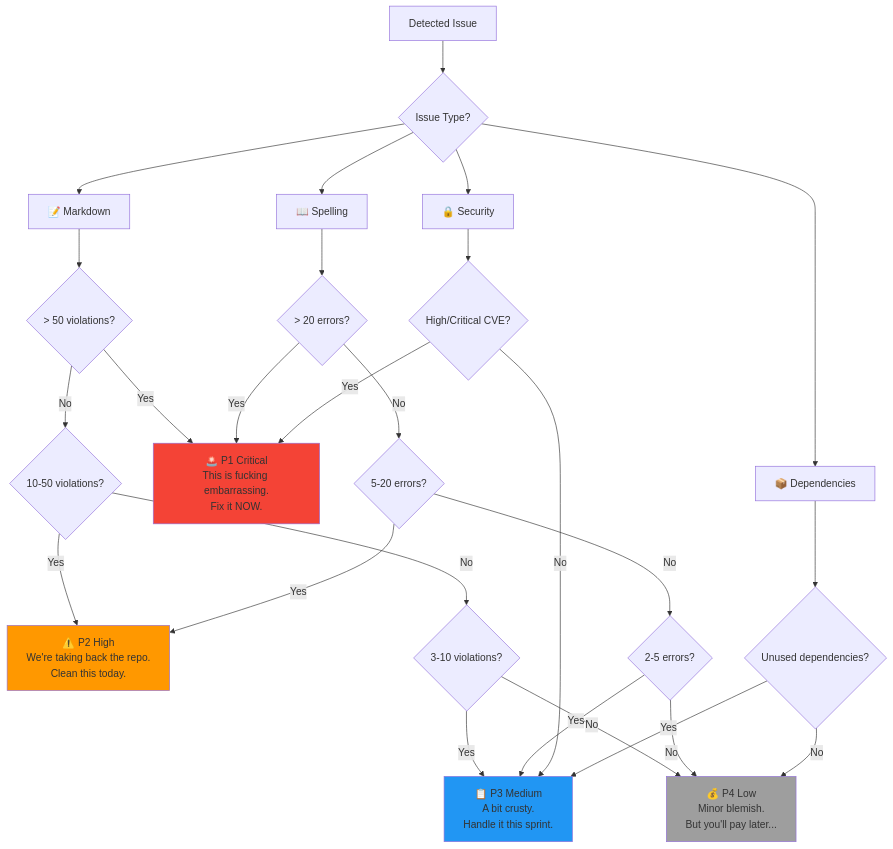
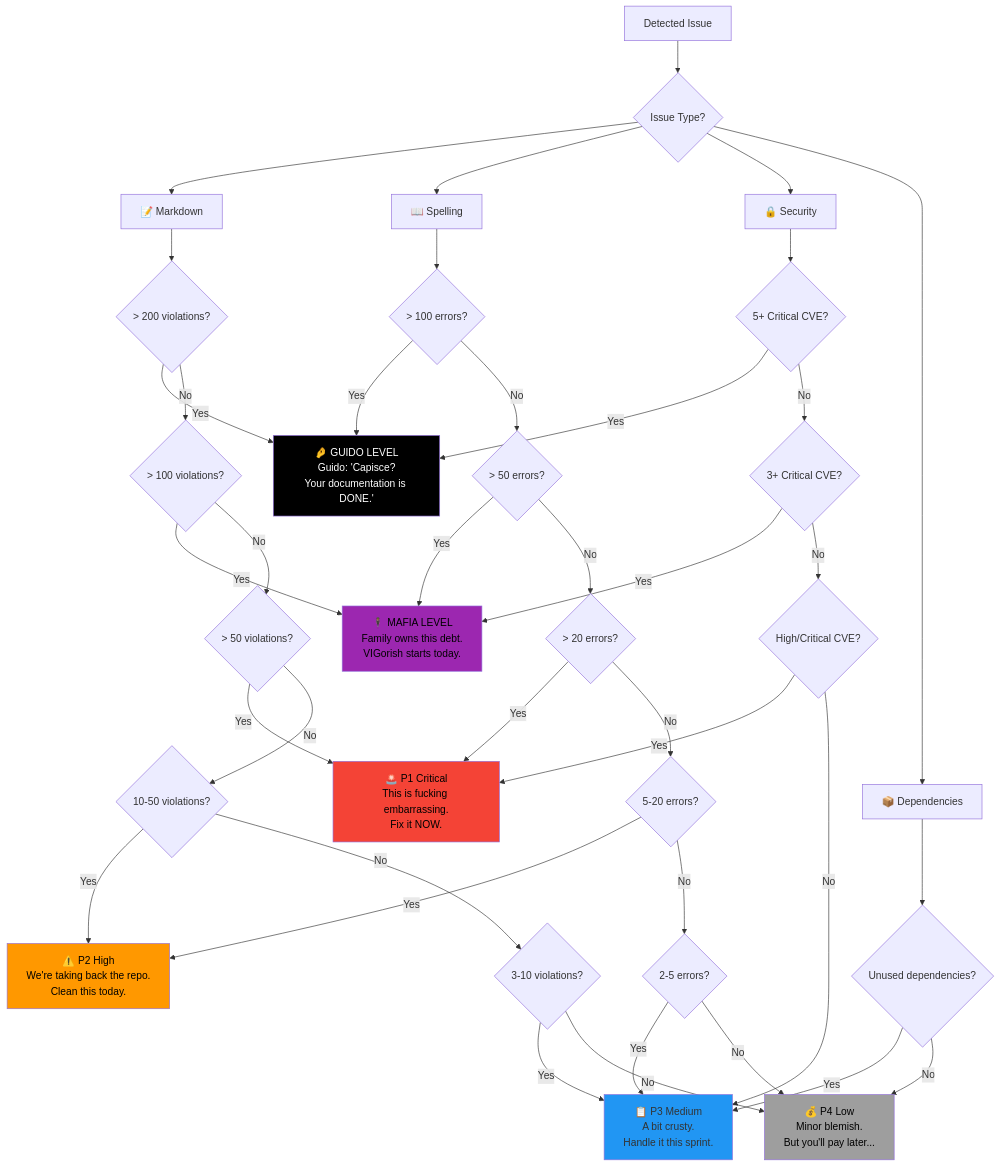
Diagram 18 of 21 in REFUCTOR_MYTHOS.md (Jason-Vaughan/refuctor), drawn with Mermaid before and after one commit. The commit also changed other lines of this file and 8 other files, not shown here.

Commit message:
feat: Complete mafia hierarchy + credit system + The Fixer role - authentic loan shark escalation with VIGorish, debt holidays, proper progression

````diff
--- a/REFUCTOR_MYTHOS.md
+++ b/REFUCTOR_MYTHOS.md
@@ -337,38 +778,52 @@
 ```mermaid
 graph TD
     A["Detected Issue"] --> B{"Issue Type?"}
     
     B --> C["📝 Markdown"]
     B --> D["📖 Spelling"]
     B --> E["🔒 Security"]
     B --> F["📦 Dependencies"]
     
-    C --> C1{"> 50 violations?"}
-    C1 -->|Yes| G["🚨 P1 Critical<br/>This is fucking embarrassing.<br/>Fix it NOW."]
-    C1 -->|No| C2{"10-50 violations?"}
-    C2 -->|Yes| H["⚠️ P2 High<br/>We're taking back the repo.<br/>Clean this today."]
-    C2 -->|No| C3{"3-10 violations?"}
-    C3 -->|Yes| I["📋 P3 Medium<br/>A bit crusty.<br/>Handle it this sprint."]
-    C3 -->|No| J["💰 P4 Low<br/>Minor blemish.<br/>But you'll pay later..."]
+    C --> C1{"> 200 violations?"}
+    C1 -->|Yes| Z["🤌 GUIDO LEVEL<br/>Guido: 'Capisce?<br/>Your documentation is DONE.'"]
+    C1 -->|No| C2{"> 100 violations?"}
+    C2 -->|Yes| Y["🕴️ MAFIA LEVEL<br/>Family owns this debt.<br/>VIGorish starts today."]
+    C2 -->|No| C3{"> 50 violations?"}
+    C3 -->|Yes| G["🚨 P1 Critical<br/>This is fucking embarrassing.<br/>Fix it NOW."]
+    C3 -->|No| C4{"10-50 violations?"}
+    C4 -->|Yes| H["⚠️ P2 High<br/>We're taking back the repo.<br/>Clean this today."]
+    C4 -->|No| C5{"3-10 violations?"}
+    C5 -->|Yes| I["📋 P3 Medium<br/>A bit crusty.<br/>Handle it this sprint."]
+    C5 -->|No| J["💰 P4 Low<br/>Minor blemish.<br/>But you'll pay later..."]
     
-    D --> D1{"> 20 errors?"}
-    D1 -->|Yes| G
-    D1 -->|No| D2{"5-20 errors?"}
-    D2 -->|Yes| H
-    D2 -->|No| D3{"2-5 errors?"}
-    D3 -->|Yes| I
-    D3 -->|No| J
+    D --> D1{"> 100 errors?"}
+    D1 -->|Yes| Z
+    D1 -->|No| D2{"> 50 errors?"}
+    D2 -->|Yes| Y
+    D2 -->|No| D3{"> 20 errors?"}
+    D3 -->|Yes| G
+    D3 -->|No| D4{"5-20 errors?"}
+    D4 -->|Yes| H
+    D4 -->|No| D5{"2-5 errors?"}
+    D5 -->|Yes| I
+    D5 -->|No| J
     
-    E --> E1{"High/Critical CVE?"}
-    E1 -->|Yes| G
-    E1 -->|No| I
+    E --> E1{"5+ Critical CVE?"}
+    E1 -->|Yes| Z
+    E1 -->|No| E2{"3+ Critical CVE?"}
+    E2 -->|Yes| Y
+    E2 -->|No| E3{"High/Critical CVE?"}
+    E3 -->|Yes| G
+    E3 -->|No| I
     
     F --> F1{"Unused dependencies?"}
     F1 -->|Yes| I
     F1 -->|No| J
     
-    style G fill:#f44336
-    style H fill:#ff9800
+    style Z fill:#000000,color:#ffffff
+    style Y fill:#9c27b0,color:#000000
+    style G fill:#f44336,color:#000000
+    style H fill:#ff9800,color:#000000
     style I fill:#2196f3
-    style J fill:#9e9e9e
+    style J fill:#9e9e9e,color:#000000
 ```
````
